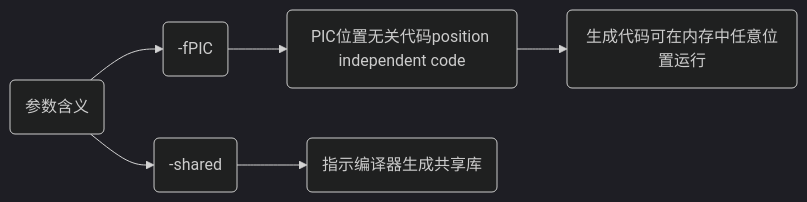
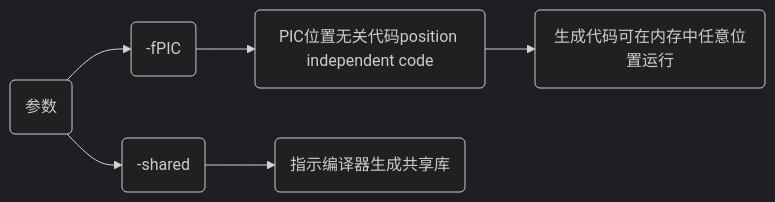
Before and after one commit to dmjcb/dmjcb.github.io: the second of 5 diagrams in _posts/c_c++/library/2023-02-28-dynamic library.md, drawn with Mermaid (dark theme). The commit also changed other lines of this file and 114 other files, not shown here.

````diff
--- a/_posts/c_c++/library/2023-02-28-dynamic library.md
+++ b/_posts/c_c++/library/2023-02-28-dynamic library.md
@@ -81,7 +77,7 @@
 ```mermaid
 graph LR;
-    X(参数含义)
+    X(参数)
     X-->A("-fPIC")
         A-->A1(PIC位置无关代码position independent code)-->A2(生成代码可在内存中任意位置运行)
     X-->B("-shared")-->B1(指示编译器生成共享库)
 ```
````
